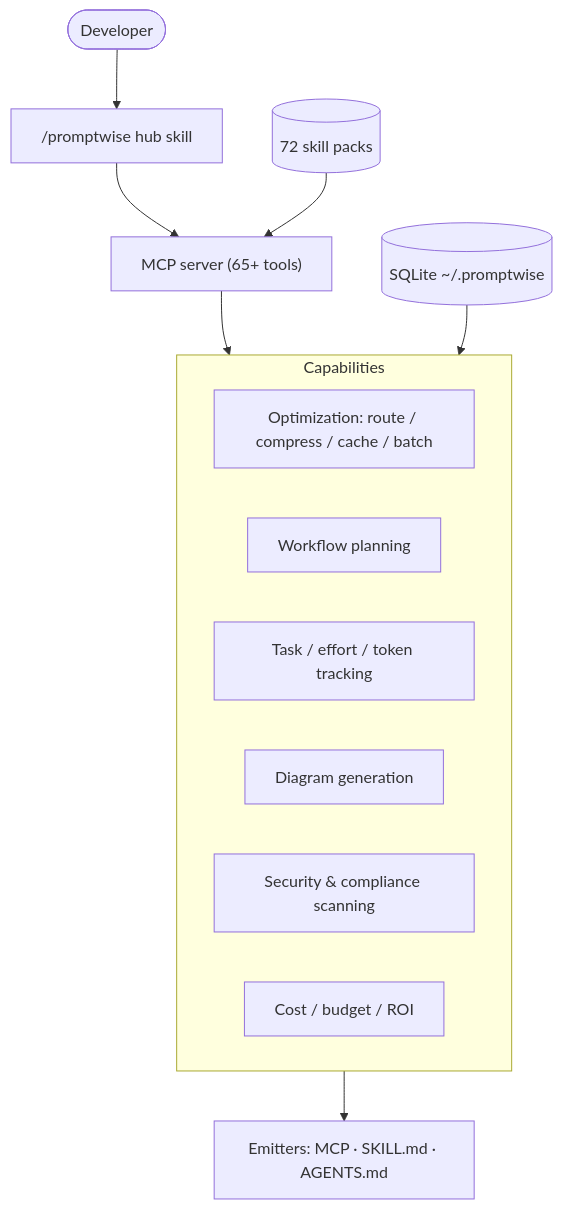
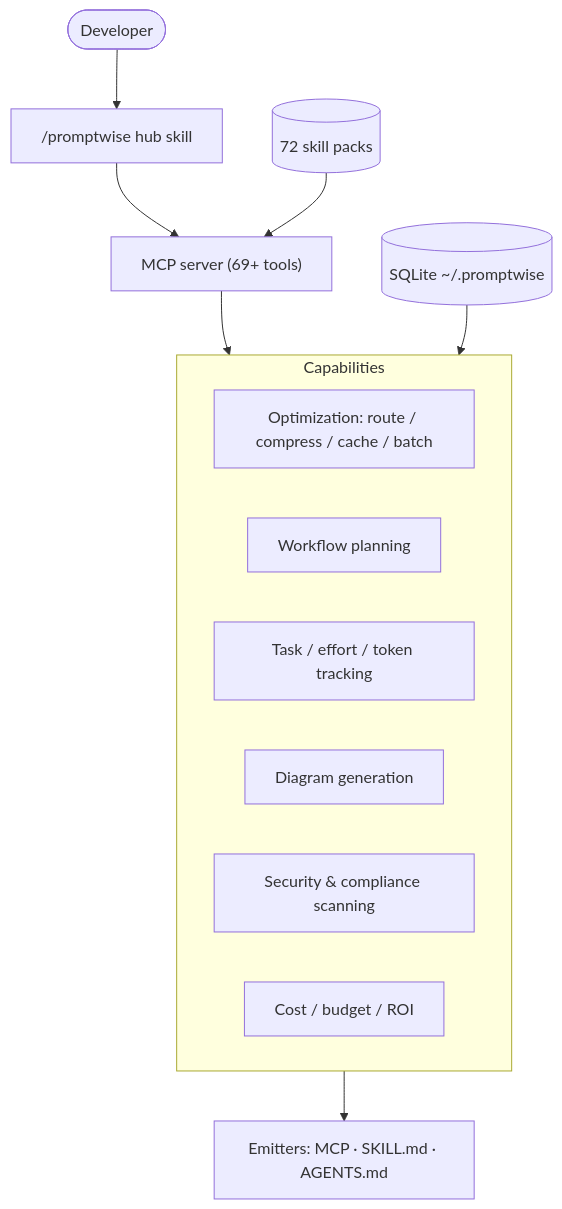
Before and after one commit to u2anilgit/PromptWise: the first of 4 diagrams in docs/ARCHITECTURE.md, drawn with Mermaid. The commit also changed 8 other files, not shown here.

````diff
--- a/docs/ARCHITECTURE.md
+++ b/docs/ARCHITECTURE.md
@@ -10,17 +10,17 @@
 ```mermaid
 flowchart TB
   dev([Developer]) --> hub["/promptwise hub skill"]
-  hub --> mcp["MCP server (65+ tools)"]
+  hub --> mcp["MCP server (69+ tools)"]
   subgraph Capabilities
     opt[Optimization: route / compress / cache / batch]
     flow[Workflow planning]
     track[Task / effort / token tracking]
     diag[Diagram generation]
     sec[Security & compliance scanning]
     cost[Cost / budget / ROI]
   end
   mcp --> Capabilities
   Capabilities --> emit["Emitters: MCP · SKILL.md · AGENTS.md"]
   packs[("72 skill packs")] --> mcp
   store[("SQLite ~/.promptwise")] --> Capabilities
 ```
````
